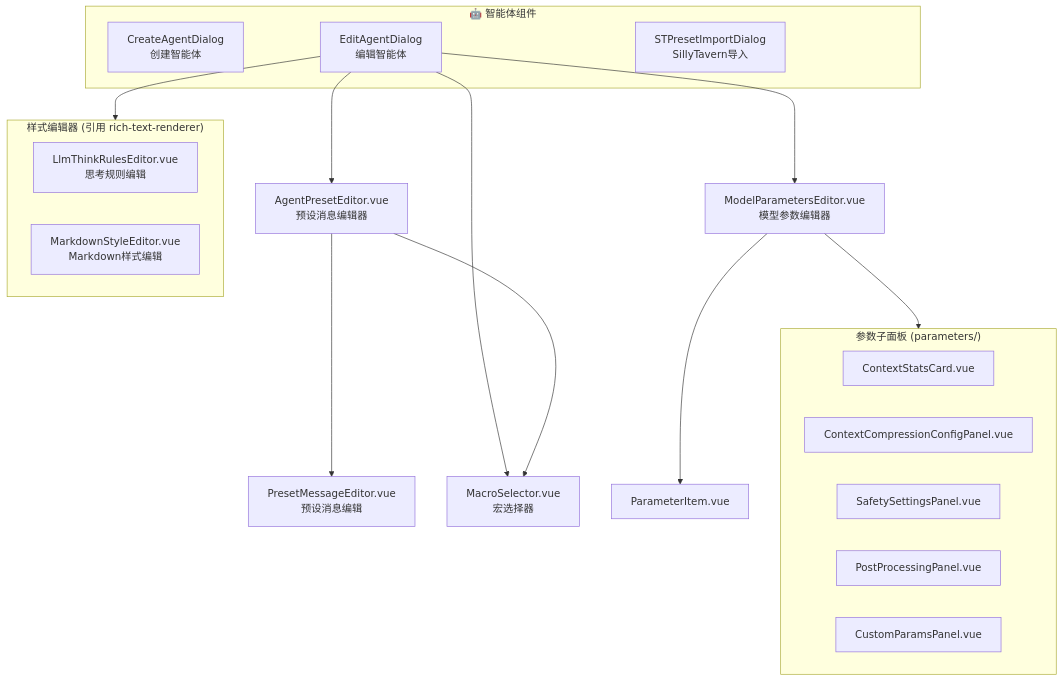
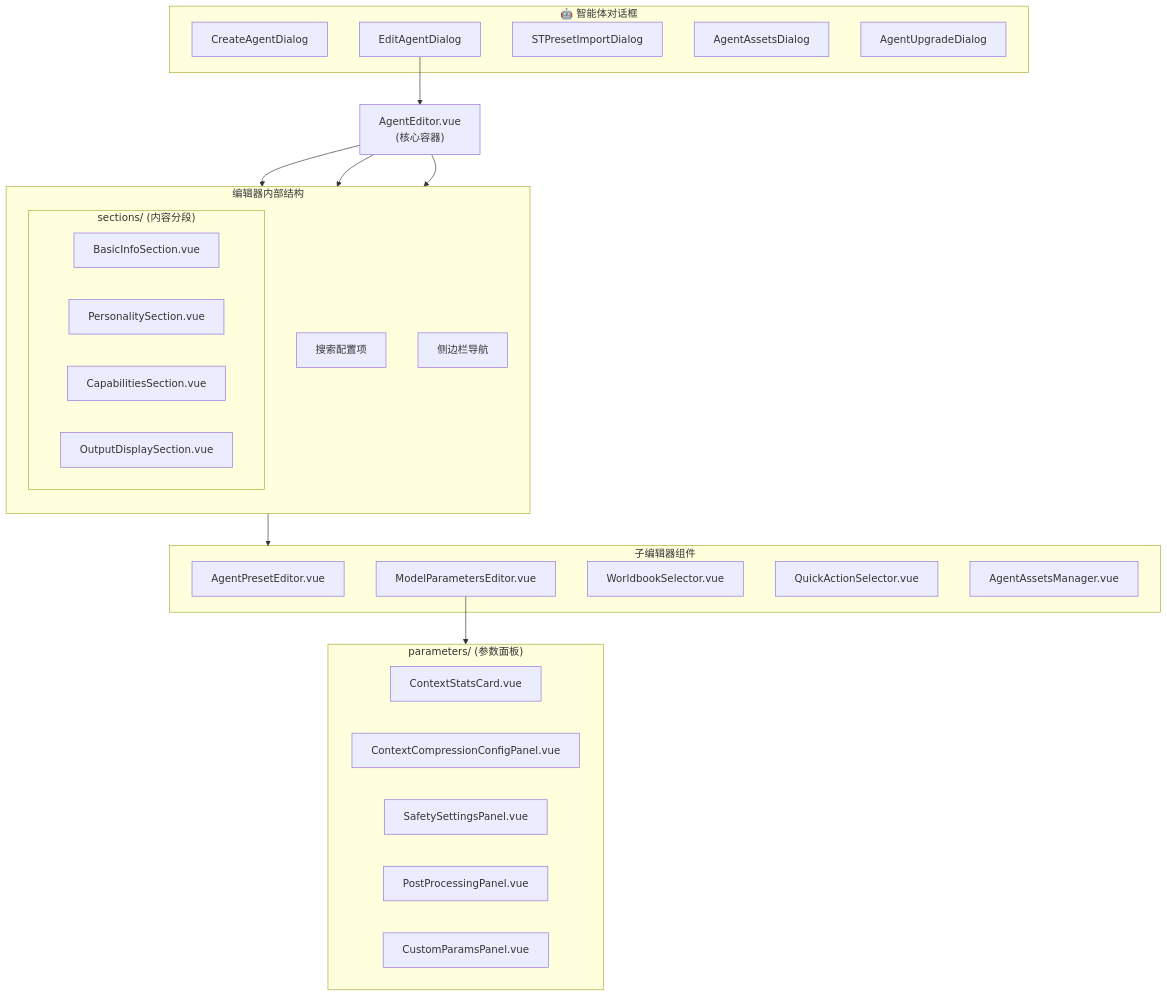
One commit to miaotouy/aio-hub changed the sixth of 13 diagrams in docs/architecture/llm-chat-ui-structure.md. Above: the diagram before and after it, drawn with Mermaid. The commit also changed other lines of this file and 5 other files, not shown here.

First line of the commit message:
docs(architecture): 同步并更新系统架构与组件设计文档

````diff
--- a/docs/architecture/llm-chat-ui-structure.md
+++ b/docs/architecture/llm-chat-ui-structure.md
@@ -331,32 +374,49 @@
 ```mermaid
 flowchart TB
-    subgraph AgentComponents["🤖 智能体组件"]
-        CreateAgentDialog["CreateAgentDialog<br/>创建智能体"]
-        EditAgentDialog2["EditAgentDialog<br/>编辑智能体"]
-        STPresetImportDialog["STPresetImportDialog<br/>SillyTavern导入"]
+    subgraph AgentDialogs["🤖 智能体对话框"]
+        CreateAgentDialog["CreateAgentDialog"]
+        EditAgentDialog["EditAgentDialog"]
+        STPresetImportDialog["STPresetImportDialog"]
+        AgentAssetsDialog["AgentAssetsDialog"]
+        AgentUpgradeDialog["AgentUpgradeDialog"]
     end
 
-    EditAgentDialog2 --> AgentPresetEditor["AgentPresetEditor.vue<br/>预设消息编辑器"]
-    EditAgentDialog2 --> ModelParametersEditor["ModelParametersEditor.vue<br/>模型参数编辑器"]
-    EditAgentDialog2 --> MacroSelector["MacroSelector.vue<br/>宏选择器"]
+    EditAgentDialog --> AgentEditor["AgentEditor.vue<br/>(核心容器)"]
 
-    subgraph ParamPanels["参数子面板 (parameters/)"]
+    subgraph AgentEditorInternal["编辑器内部结构"]
+        direction TB
+        SearchConfig["搜索配置项"]
+        SidebarNav["侧边栏导航"]
+
+        subgraph Sections["sections/ (内容分段)"]
+            BasicInfoSection["BasicInfoSection.vue"]
+            PersonalitySection["PersonalitySection.vue"]
+            CapabilitiesSection["CapabilitiesSection.vue"]
+            OutputDisplaySection["OutputDisplaySection.vue"]
+        end
+    end
+
+    AgentEditor --> SearchConfig
+    AgentEditor --> SidebarNav
+    AgentEditor --> Sections
+
+    subgraph SubEditors["子编辑器组件"]
+        AgentPresetEditor["AgentPresetEditor.vue"]
+        ModelParametersEditor["ModelParametersEditor.vue"]
+        WorldbookSelector["WorldbookSelector.vue"]
+        QuickActionSelector["QuickActionSelector.vue"]
+        AgentAssetsManager["AgentAssetsManager.vue"]
+    end
+
+    Sections --> SubEditors
+
+    subgraph ParamPanels["parameters/ (参数面板)"]
         ContextStatsCard["ContextStatsCard.vue"]
         ContextCompressionConfigPanel["ContextCompressionConfigPanel.vue"]
         SafetySettingsPanel["SafetySettingsPanel.vue"]
         PostProcessingPanel["PostProcessingPanel.vue"]
         CustomParamsPanel["CustomParamsPanel.vue"]
     end
 
     ModelParametersEditor --> ParamPanels
-    ModelParametersEditor --> ParameterItem["ParameterItem.vue"]
-
-    subgraph RichTextEditors["样式编辑器 (引用 rich-text-renderer)"]
-        LlmThinkRulesEditor["LlmThinkRulesEditor.vue<br/>思考规则编辑"]
-        MarkdownStyleEditor["MarkdownStyleEditor.vue<br/>Markdown样式编辑"]
-    end
-
-    EditAgentDialog2 --> RichTextEditors
-    AgentPresetEditor --> PresetMessageEditor["PresetMessageEditor.vue<br/>预设消息编辑"]
-    AgentPresetEditor --> MacroSelector["MacroSelector.vue<br/>宏选择器"]
 ```
````
